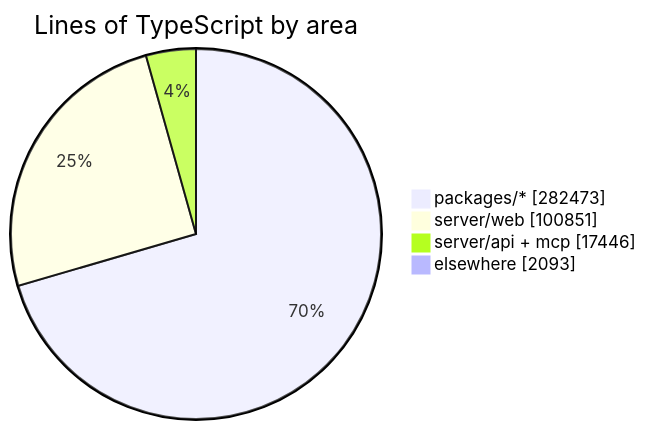
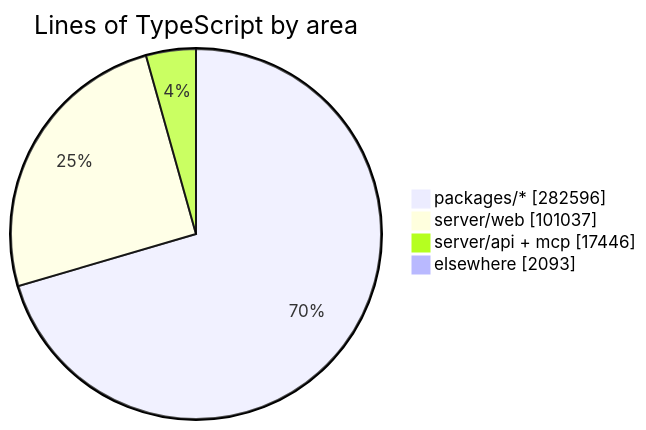
Before and after one commit to crossworks-engineering/mantle: the diagram in README.md, drawn with Mermaid. The commit also changed other lines of this file and 2 other files, not shown here.

````diff
--- a/README.md
+++ b/README.md
@@ -294,7 +294,7 @@
 ```mermaid
 pie showData title Lines of TypeScript by area
-    "packages/*" : 282473
-    "server/web" : 100851
+    "packages/*" : 282596
+    "server/web" : 101037
     "server/api + mcp" : 17446
     "elsewhere" : 2093
 ```
````
